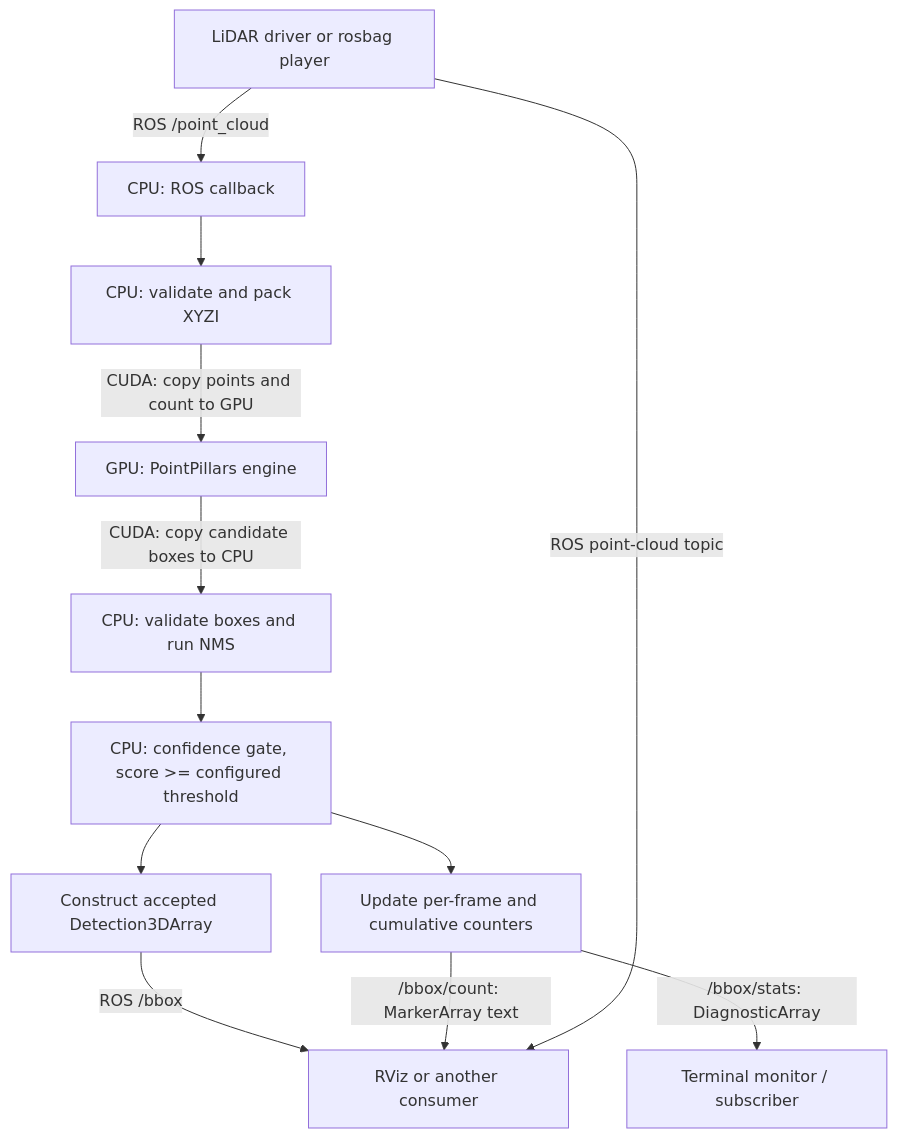
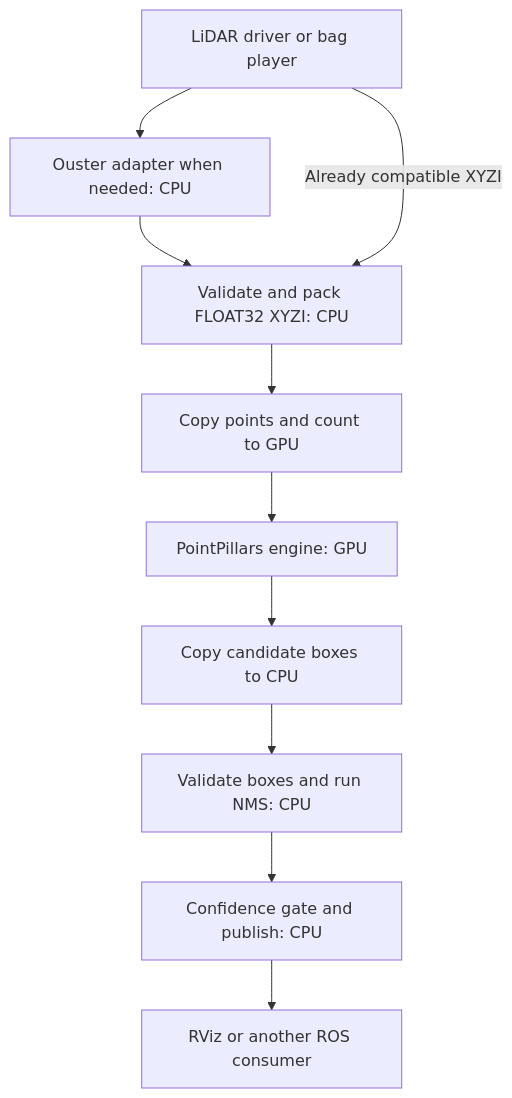
The first of 2 diagrams in README_PROJECT_EXPLANATIONS.md (AhmedAliMohammed1/MasterThesis), drawn with Mermaid before and after one commit. The commit also changed other lines of this file and 182 other files, not shown here.

First line of the commit message:
Publish PointPillars verification and experimental candidate workflow

````diff
--- a/README_PROJECT_EXPLANATIONS.md
+++ b/README_PROJECT_EXPLANATIONS.md
@@ -93,14 +37,12 @@
 ```mermaid
 flowchart TD
-    A["LiDAR driver or rosbag player"] -->|"ROS /point_cloud"| B["CPU: ROS callback"]
-    B --> C["CPU: validate and pack XYZI"]
-    C -->|"CUDA: copy points and count to GPU"| D["GPU: PointPillars engine"]
-    D -->|"CUDA: copy candidate boxes to CPU"| E["CPU: validate boxes and run NMS"]
-    E --> T["CPU: confidence gate, score >= configured threshold"]
-    T --> F["Construct accepted Detection3DArray"]
-    F -->|"ROS /bbox"| G["RViz or another consumer"]
-    T --> H["Update per-frame and cumulative counters"]
-    H -->|"/bbox/stats: DiagnosticArray"| I["Terminal monitor / subscriber"]
-    H -->|"/bbox/count: MarkerArray text"| G
-    A -->|"ROS point-cloud topic"| G
+  A[LiDAR driver or bag player] --> B[Ouster adapter when needed: CPU]
+  B --> C[Validate and pack FLOAT32 XYZI: CPU]
+  A -->|Already compatible XYZI| C
+  C --> D[Copy points and count to GPU]
+  D --> E[PointPillars engine: GPU]
+  E --> F[Copy candidate boxes to CPU]
+  F --> G[Validate boxes and run NMS: CPU]
+  G --> H[Confidence gate and publish: CPU]
+  H --> I[RViz or another ROS consumer]
 ```
````
